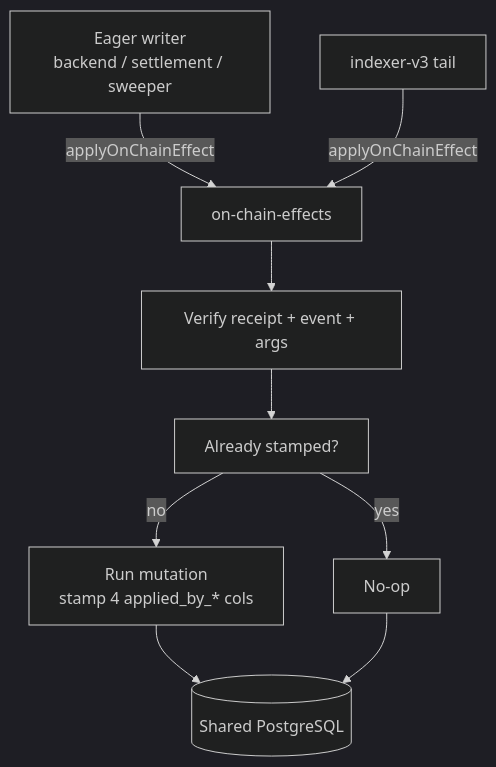
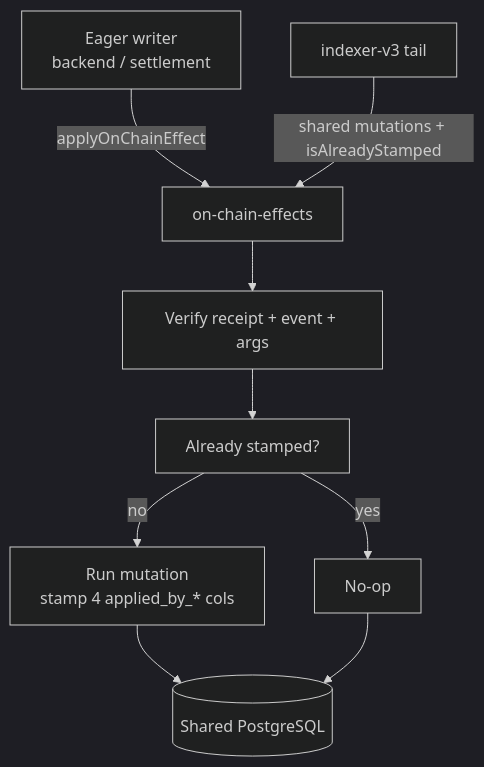
Before and after one commit to centuari-labs/on-chain-effects: the diagram in README.md, drawn with Mermaid (dark theme). The commit also changed other lines of this file, not shown here.

````diff
--- a/README.md
+++ b/README.md
@@ -19,11 +29,11 @@
 ```mermaid
 flowchart TD
-    EAGER[Eager writer<br/>backend / settlement / sweeper] -->|applyOnChainEffect| LIB[on-chain-effects]
-    TAIL[indexer-v3 tail] -->|applyOnChainEffect| LIB
+    EAGER[Eager writer<br/>backend / settlement] -->|applyOnChainEffect| LIB[on-chain-effects]
+    TAIL[indexer-v3 tail] -->|shared mutations + isAlreadyStamped| LIB
     LIB --> VERIFY[Verify receipt + event + args]
     VERIFY --> CHECK[Already stamped?]
     CHECK -->|yes| NOOP[No-op]
     CHECK -->|no| MUT[Run mutation<br/>stamp 4 applied_by_* cols]
     MUT --> PG[(Shared PostgreSQL)]
     NOOP --> PG
 ```
````
